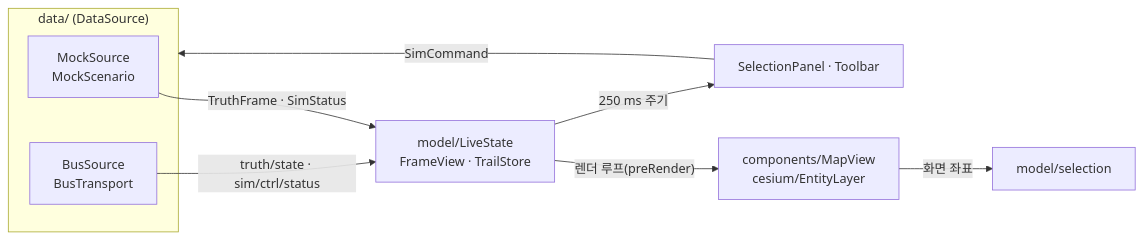
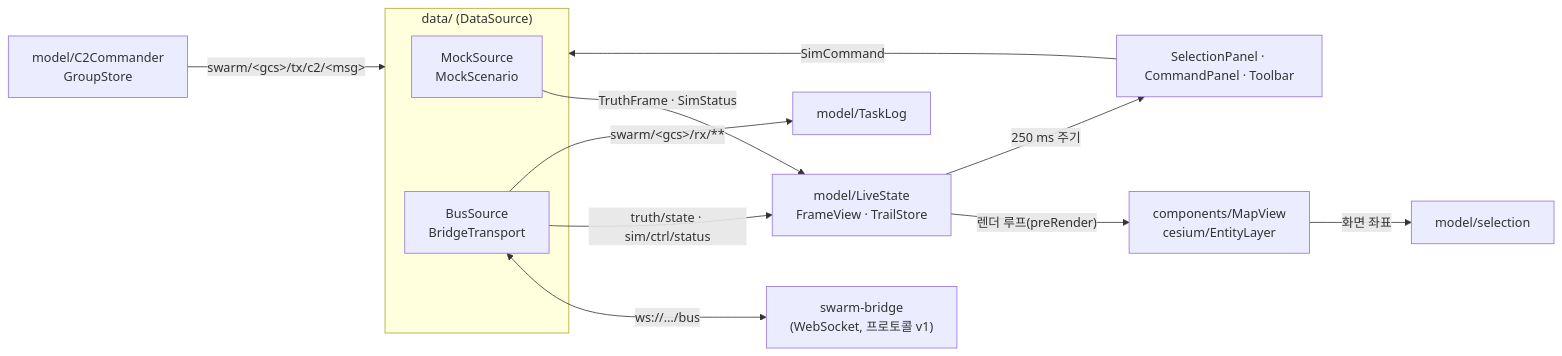
Before and after one commit to Kimbyung-wook/SwarmFlSim: the diagram in ui/README.md, drawn with Mermaid. The commit also changed other lines of this file and 20 other files, not shown here.

````diff
--- a/ui/README.md
+++ b/ui/README.md
@@ -28,18 +30,22 @@
 ```mermaid
 flowchart LR
     subgraph SRC["data/ (DataSource)"]
         MOCK["MockSource<br/>MockScenario"]
-        BUS["BusSource<br/>BusTransport"]
+        BUS["BusSource<br/>BridgeTransport"]
     end
+    BR["swarm-bridge<br/>(WebSocket, 프로토콜 v1)"]
+    BUS <-- "ws://…/bus" --> BR
     LIVE["model/LiveState<br/>FrameView · TrailStore"]
     MAP["components/MapView<br/>cesium/EntityLayer"]
-    PANEL["SelectionPanel · Toolbar"]
+    PANEL["SelectionPanel · CommandPanel · Toolbar"]
     SEL["model/selection"]
 
     MOCK -- "TruthFrame · SimStatus" --> LIVE
     BUS -- "truth/state · sim/ctrl/status" --> LIVE
+    BUS -- "swarm/&lt;gcs&gt;/rx/**" --> TASK["model/TaskLog"]
+    CMD["model/C2Commander<br/>GroupStore"] -- "swarm/&lt;gcs&gt;/tx/c2/&lt;msg&gt;" --> SRC
     LIVE -- "렌더 루프(preRender)" --> MAP
     LIVE -- "250 ms 주기" --> PANEL
     MAP -- "화면 좌표" --> SEL
     PANEL -- "SimCommand" --> SRC
 ```
````
